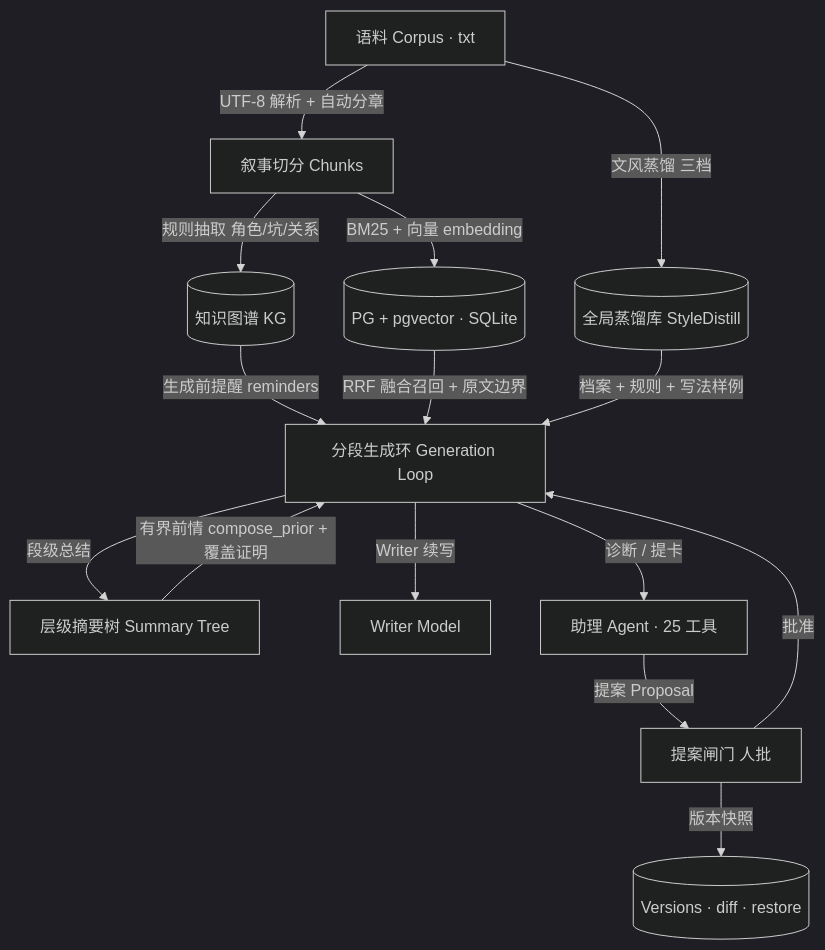
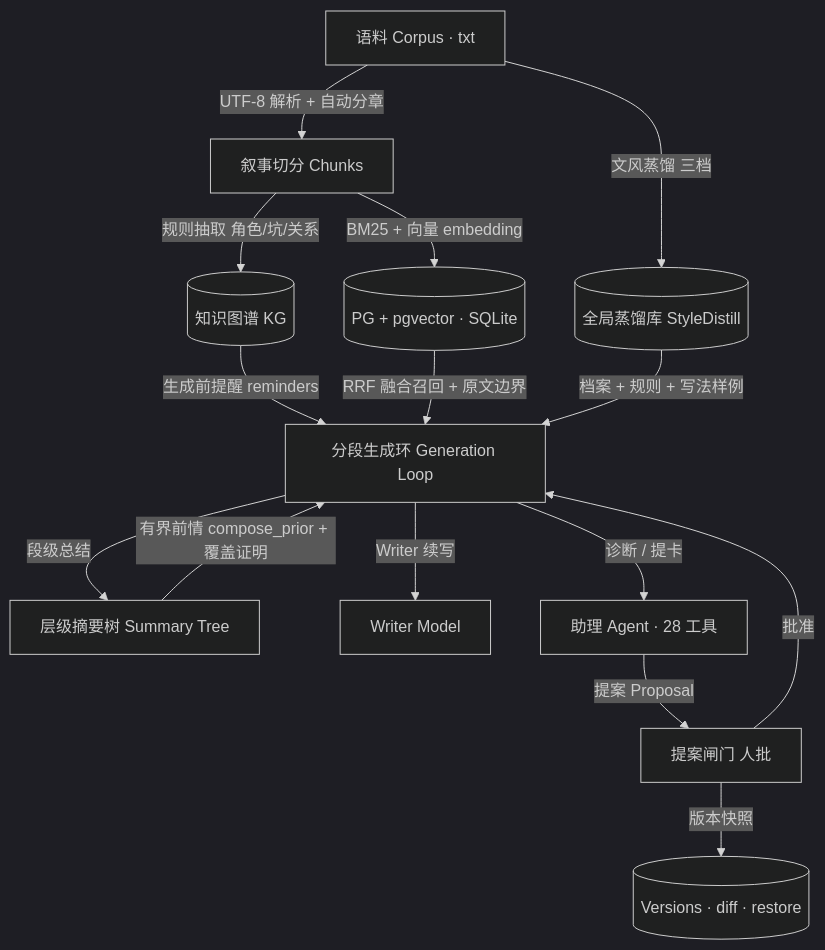
The diagram in README.md (j77156057-art/ai-novel-generator), drawn with Mermaid (dark theme) before and after one commit. The commit also changed other lines of this file and 21 other files, not shown here.

````diff
--- a/README.md
+++ b/README.md
@@ -135,17 +135,17 @@
 ```mermaid
 flowchart TD
     Corpus[语料 Corpus · txt] -->|UTF-8 解析 + 自动分章| Chunks[叙事切分 Chunks]
     Chunks -->|BM25 + 向量 embedding| Store[(PG + pgvector · SQLite)]
     Chunks -->|规则抽取 角色/坑/关系| KG[(知识图谱 KG)]
     Corpus -->|文风蒸馏 三档| Lib[(全局蒸馏库 StyleDistill)]
     KG -->|生成前提醒 reminders| Gen[分段生成环 Generation Loop]
     Store -->|RRF 融合召回 + 原文边界| Gen
     Lib -->|档案 + 规则 + 写法样例| Gen
     Gen -->|段级总结| Tree[层级摘要树 Summary Tree]
     Tree -->|有界前情 compose_prior + 覆盖证明| Gen
     Gen -->|Writer 续写| LLM1[Writer Model]
-    Gen -->|诊断 / 提卡| AG[助理 Agent · 25 工具]
+    Gen -->|诊断 / 提卡| AG[助理 Agent · 28 工具]
     AG -->|提案 Proposal| Gate[提案闸门 人批]
     Gate -->|批准| Gen
     Gate -->|版本快照| Ver[(Versions · diff · restore)]
 ```
````
